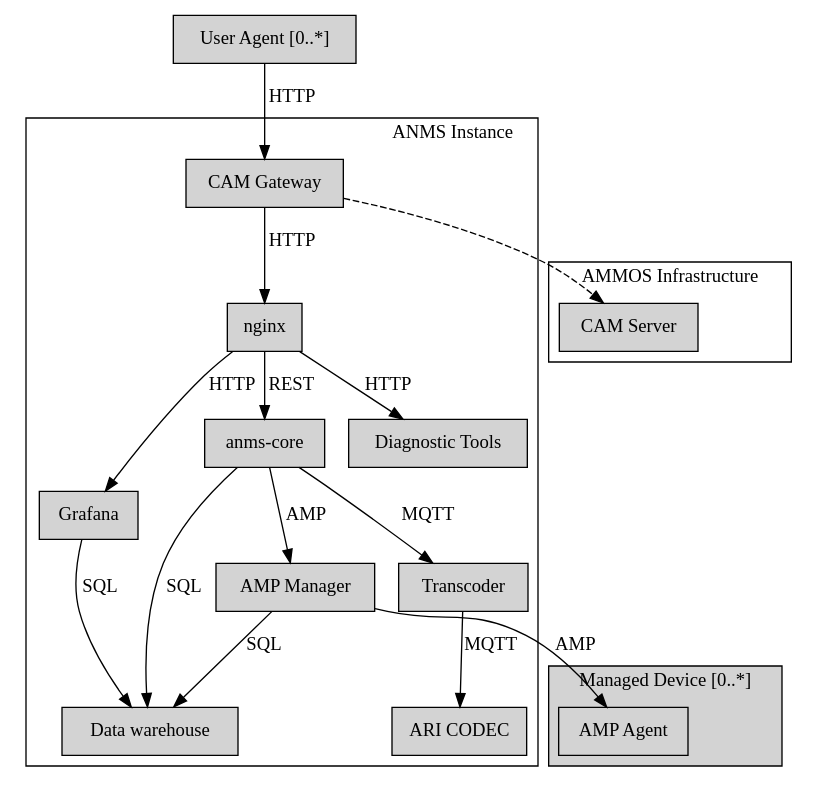
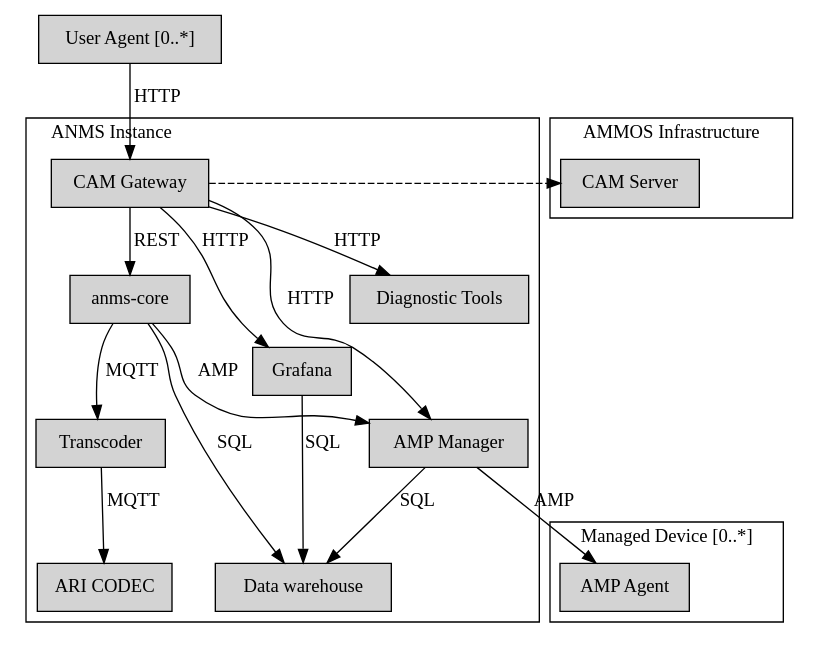
One commit to NASA-AMMOS/anms-docs changed the diagram in product-guide/anms-components-logical.gv. Above: the diagram before and after it, drawn with Graphviz. The commit also changed 30 other files, not shown here.

```diff
--- a/product-guide/anms-components-logical.gv
+++ b/product-guide/anms-components-logical.gv
@@ -1,52 +1,53 @@
 digraph AMMOS {
   node [shape=box,style=filled];
+  newrank=true;
 
   subgraph cluster_ANMS {
     label="ANMS Instance";
-    labeljust=r;
+    labeljust=l;
 
     authnz [label="CAM Gateway" group=main];
-    authnz -> nginx [label="HTTP"];
     
-    nginx [group=main];
     anms_core [label="anms-core" group=main];
     transcoder [label="Transcoder"];
     aricodec [label="ARI CODEC"];
     amp_manager [label="AMP Manager"];
-    
-    nginx -> anms_core [label="REST"];
+    dw [label="Data warehouse"];
+
+    authnz -> anms_core [label="REST"];
     anms_core -> dw [label="SQL"];
     anms_core -> amp_manager [label="AMP"];
     anms_core -> transcoder -> aricodec [label="MQTT"];
 
     grafana [label="Grafana"];
-    nginx -> grafana [label="HTTP"];
+    authnz -> grafana [label="HTTP"];
 
     diagnostic [label="Diagnostic Tools"];
-    nginx -> diagnostic [label="HTTP"];
+    authnz -> diagnostic [label="HTTP"];
 
-    dw [label="Data warehouse"];
+    authnz -> amp_manager [label="HTTP"];
     amp_manager -> dw [label="SQL"];
     grafana -> dw [label="SQL"];
   }
 
   subgraph cluster_infra {
     label="AMMOS Infrastructure";
     labeljust=r;
 
     cam_server [label="CAM Server"];
   }
   authnz -> cam_server [style=dashed];
 
   user [label="User Agent [0..*]"];
   user -> authnz [label="HTTP"];
 
   subgraph cluster_agents {
     label="Managed Device [0..*]";
     labeljust=r;
-    style=filled;
 
     amp_agent [label="AMP Agent"];
     amp_manager -> amp_agent [label="AMP"];
   }
+
+  { rank = same; authnz; cam_server; }
 }
```
